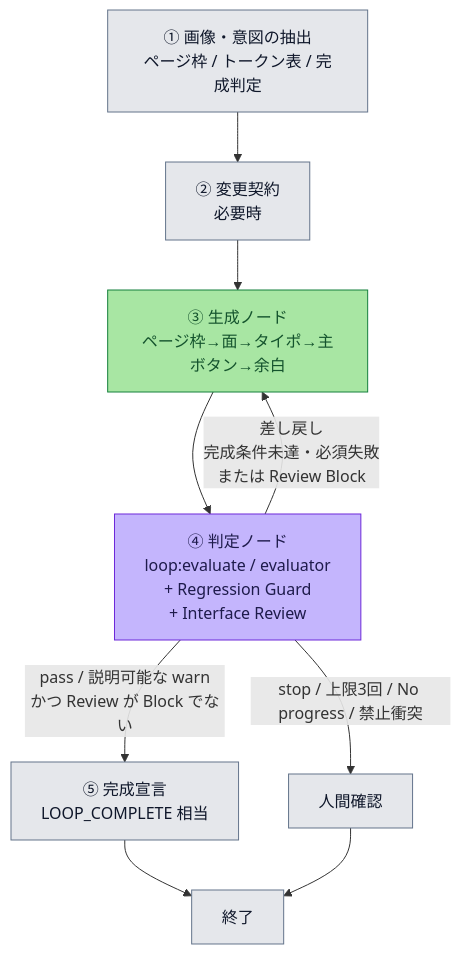
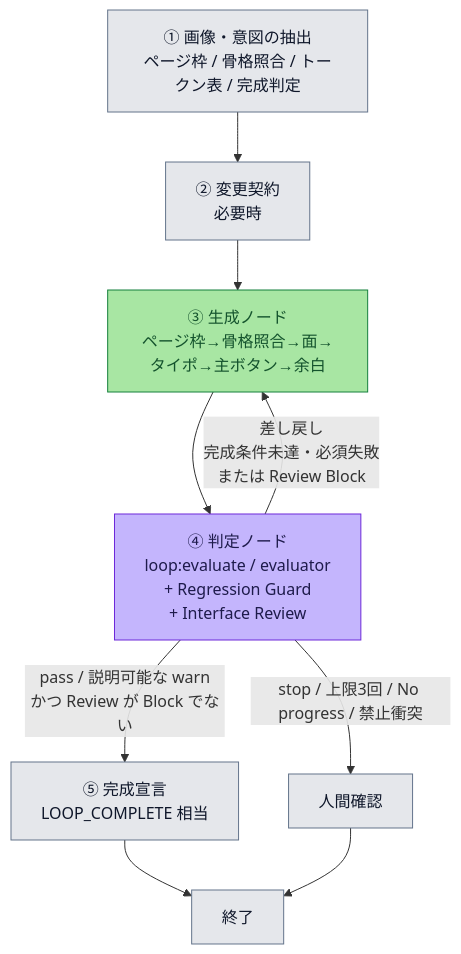
The diagram in loops/graphs/ui-polish.mmd (nishimura-yuya-git/dentacle), drawn with Mermaid before and after one commit. The commit also changed 20 other files, not shown here.

```diff
--- a/loops/graphs/ui-polish.mmd
+++ b/loops/graphs/ui-polish.mmd
@@ -1,29 +1,29 @@
 %% UI Polish Loop の外側 Graph（Sequential + 差し戻し）
 %% 正本: loops/goals/ui-polish.md
 %% 凡例:
 %%   灰: 入口・出口・人間確認
 %%   緑: 生成ノード（内側は Loop 型で AI が次手を決める）
 %%   紫: 判定ノード（完成ゲート。遷移は定義済み）
 %% maxIterations: ③→④ の往復は最大 3 回
 
 flowchart TD
-  IN["① 画像・意図の抽出<br/>ページ枠 / トークン表 / 完成判定"] --> CONTRACT["② 変更契約<br/>必要時"]
-  CONTRACT --> GEN["③ 生成ノード<br/>ページ枠→面→タイポ→主ボタン→余白"]
+  IN["① 画像・意図の抽出<br/>ページ枠 / 骨格照合 / トークン表 / 完成判定"] --> CONTRACT["② 変更契約<br/>必要時"]
+  CONTRACT --> GEN["③ 生成ノード<br/>ページ枠→骨格照合→面→タイポ→主ボタン→余白"]
   GEN --> JUDGE["④ 判定ノード<br/>loop:evaluate / evaluator<br/>+ Regression Guard<br/>+ Interface Review"]
 
   JUDGE -->|"pass / 説明可能な warn<br/>かつ Review が Block でない"| DONE["⑤ 完成宣言<br/>LOOP_COMPLETE 相当"]
   JUDGE -->|"差し戻し<br/>完成条件未達・必須失敗<br/>または Review Block"| GEN
   JUDGE -->|"stop / 上限3回 / No progress / 禁止衝突"| HUMAN["人間確認"]
 
   DONE --> OUT["終了"]
   HUMAN --> OUT
 
   classDef entry fill:#e5e7eb,stroke:#64748b,color:#0f172a
   classDef gen fill:#a8e6a3,stroke:#15803d,color:#14532d
   classDef judge fill:#c4b5fd,stroke:#6d28d9,color:#1e1b4b
   classDef exit fill:#e5e7eb,stroke:#64748b,color:#0f172a
 
   class IN,CONTRACT,OUT entry
   class GEN gen
   class JUDGE judge
   class DONE,HUMAN exit
```
